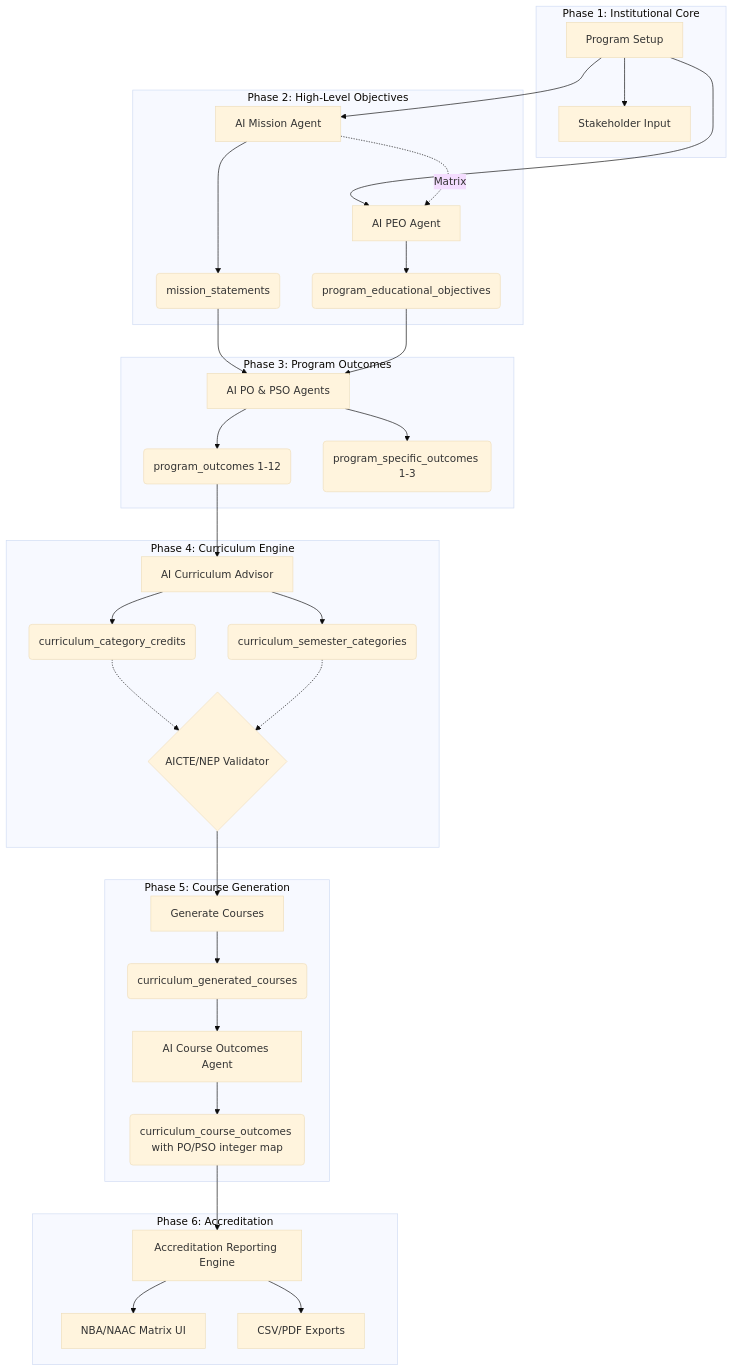
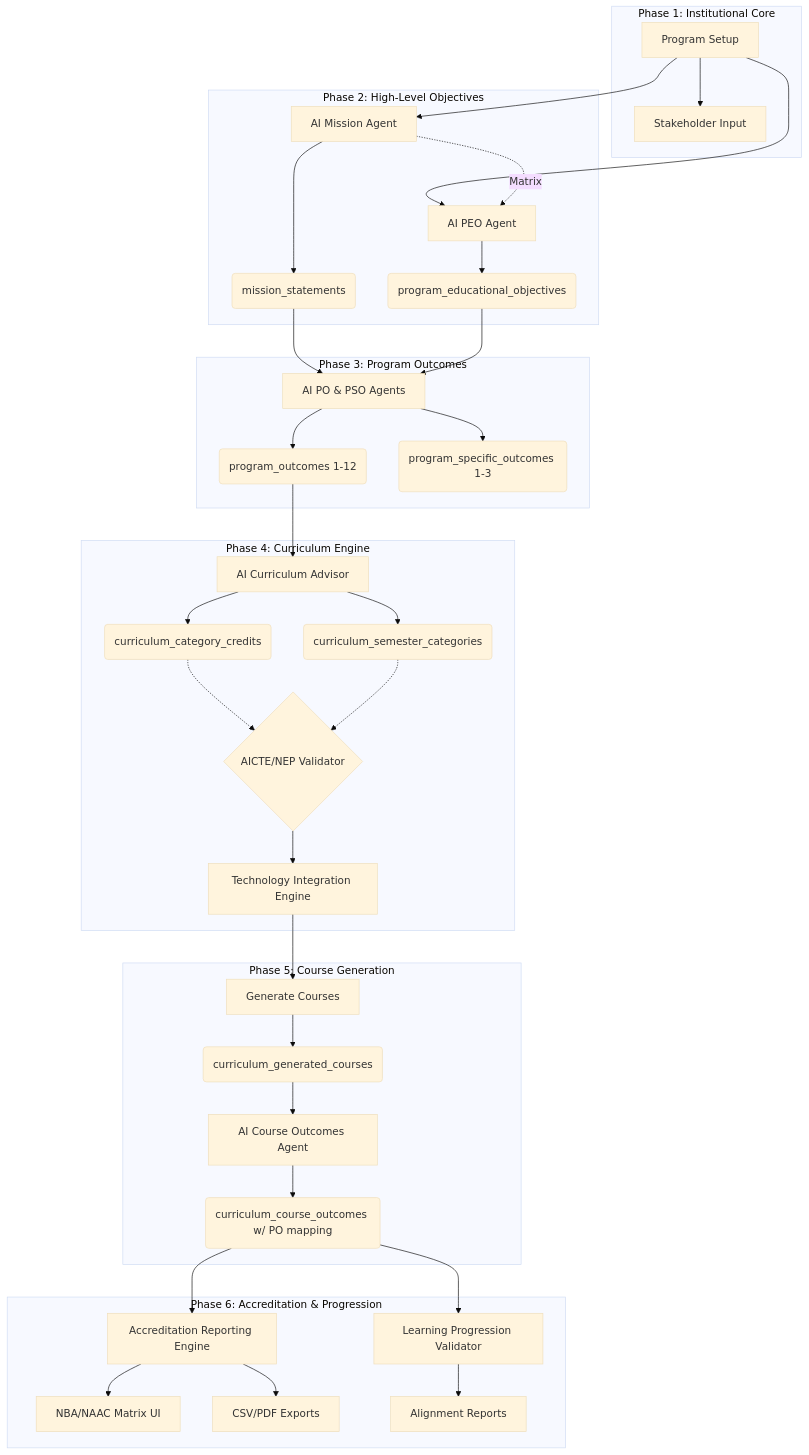
The diagram in CURRICULUM_ENGINE_FINAL_AUDIT.md (harikiran138/C2E), drawn with Mermaid (base theme) before and after one commit. The commit also changed other lines of this file and 5 other files, not shown here.

Commit message:
feat(curriculum): inject Learning Progression strict rules into all AI agents and update documentation

````diff
--- a/CURRICULUM_ENGINE_FINAL_AUDIT.md
+++ b/CURRICULUM_ENGINE_FINAL_AUDIT.md
@@ -21,44 +21,47 @@
 ```mermaid
 graph TD
     subgraph Phase 1: Institutional Core
     A[Program Setup] --> B[Stakeholder Input]
     end
 
     subgraph Phase 2: High-Level Objectives
     A --> C[AI Mission Agent]
     C --> D(mission_statements)
     
     A --> E[AI PEO Agent]
     E --> F(program_educational_objectives)
     
     C -.-> |Matrix| E
     end
 
     subgraph Phase 3: Program Outcomes
     D --> G[AI PO & PSO Agents]
     F --> G
     G --> H(program_outcomes 1-12)
     G --> I(program_specific_outcomes 1-3)
     end
 
     subgraph Phase 4: Curriculum Engine
     H --> J[AI Curriculum Advisor]
     J --> K(curriculum_category_credits)
     J --> L(curriculum_semester_categories)
     K -.-> M{AICTE/NEP Validator}
     L -.-> M
+    M --> TT[Technology Integration Engine]
     end
 
     subgraph Phase 5: Course Generation
-    M --> N[Generate Courses]
+    TT --> N[Generate Courses]
     N --> O(curriculum_generated_courses)
     O --> P[AI Course Outcomes Agent]
-    P --> Q(curriculum_course_outcomes with PO/PSO integer map)
+    P --> Q(curriculum_course_outcomes w/ PO mapping)
     end
 
-    subgraph Phase 6: Accreditation
+    subgraph Phase 6: Accreditation & Progression
     Q --> R[Accreditation Reporting Engine]
+    Q --> LPV[Learning Progression Validator]
     R --> S[NBA/NAAC Matrix UI]
     R --> T[CSV/PDF Exports]
+    LPV --> U[Alignment Reports]
     end
 ```
````
